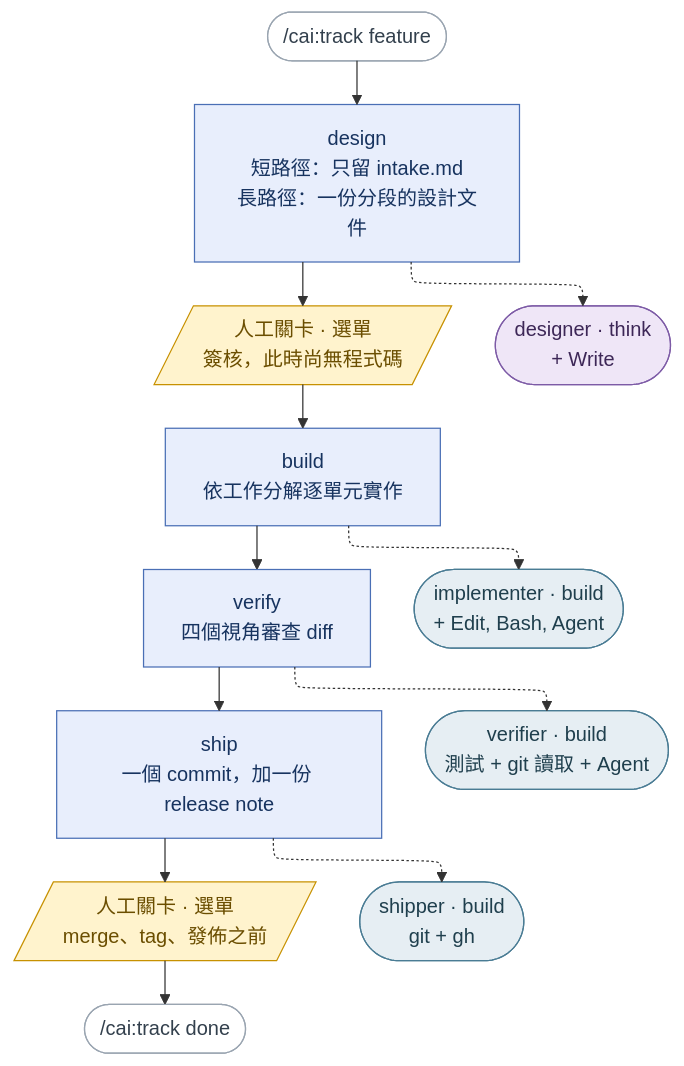
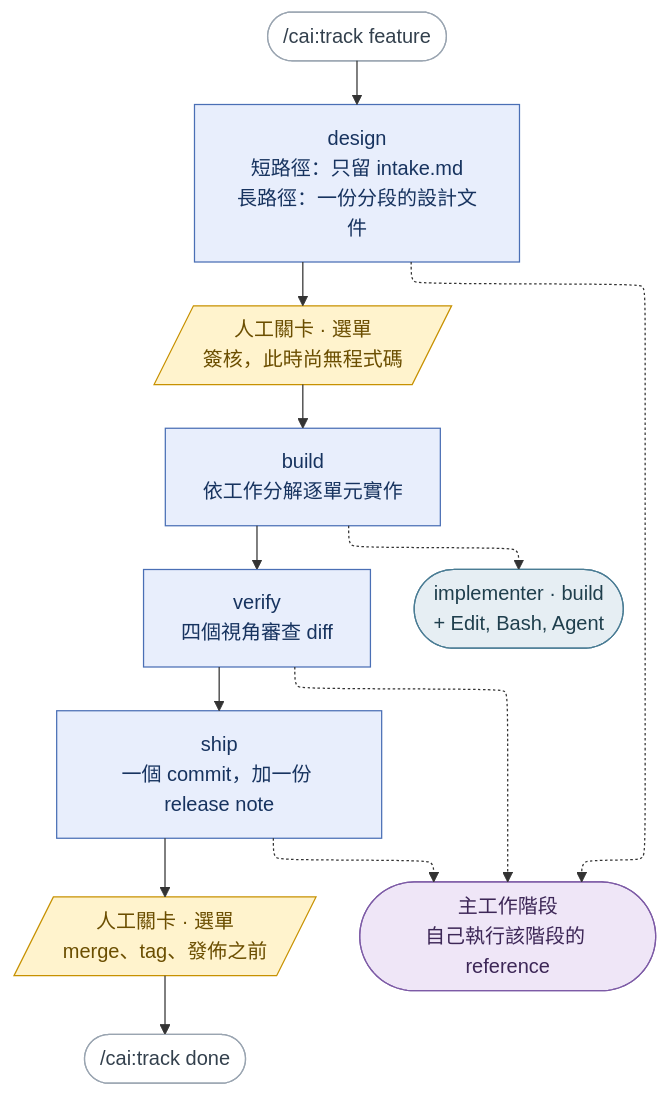
Before and after one commit to millerlai/claude-all-in-one: the diagram in README.zh-TW.md, drawn with Mermaid. The commit also changed 81 other files, not shown here.

````diff
--- a/README.zh-TW.md
+++ b/README.zh-TW.md
@@ -20,38 +20,36 @@
 ```mermaid
 ---
 config:
   flowchart:
     defaultRenderer: "elk"
 ---
 flowchart TB
     START(["/cai:track feature"]) --> S1
 
     S1["design<br/>短路徑：只留 intake.md<br/>長路徑：一份分段的設計文件"] --> HG1
     HG1[/"人工關卡 · 選單<br/>簽核，此時尚無程式碼"/] --> S2
     S2["build<br/>依工作分解逐單元實作"] --> S3
     S3["verify<br/>四個視角審查 diff"] --> S4
     S4["ship<br/>一個 commit，加一份 release note"] --> HG2
     HG2[/"人工關卡 · 選單<br/>merge、tag、發佈之前"/] --> DONE(["/cai:track done"])
 
-    S1 -.-> DE
+    S1 -.-> MS
     S2 -.-> IM
-    S3 -.-> VE
-    S4 -.-> SH
+    S3 -.-> MS
+    S4 -.-> MS
 
-    DE(["designer · think<br/>+ Write"])
+    MS(["主工作階段<br/>自己執行該階段的 reference"])
     IM(["implementer · build<br/>+ Edit, Bash, Agent"])
-    VE(["verifier · build<br/>測試 + git 讀取 + Agent"])
-    SH(["shipper · build<br/>git + gh"])
 
     classDef stage fill:#e8eefc,stroke:#4a6fb5,color:#17335f
     classDef human fill:#fff3cd,stroke:#c79100,color:#6b4e00
-    classDef think fill:#efe6f7,stroke:#7d5ba6,color:#3d2757
+    classDef main fill:#efe6f7,stroke:#7d5ba6,color:#3d2757
     classDef build fill:#e6eef3,stroke:#4a7c94,color:#1f3f4d
     classDef ends fill:#ffffff,stroke:#9aa5b1,color:#33404d
 
     class S1,S2,S3,S4 stage
     class HG1,HG2 human
-    class DE think
-    class IM,VE,SH build
+    class MS main
+    class IM build
     class START,DONE ends
 ```
````
